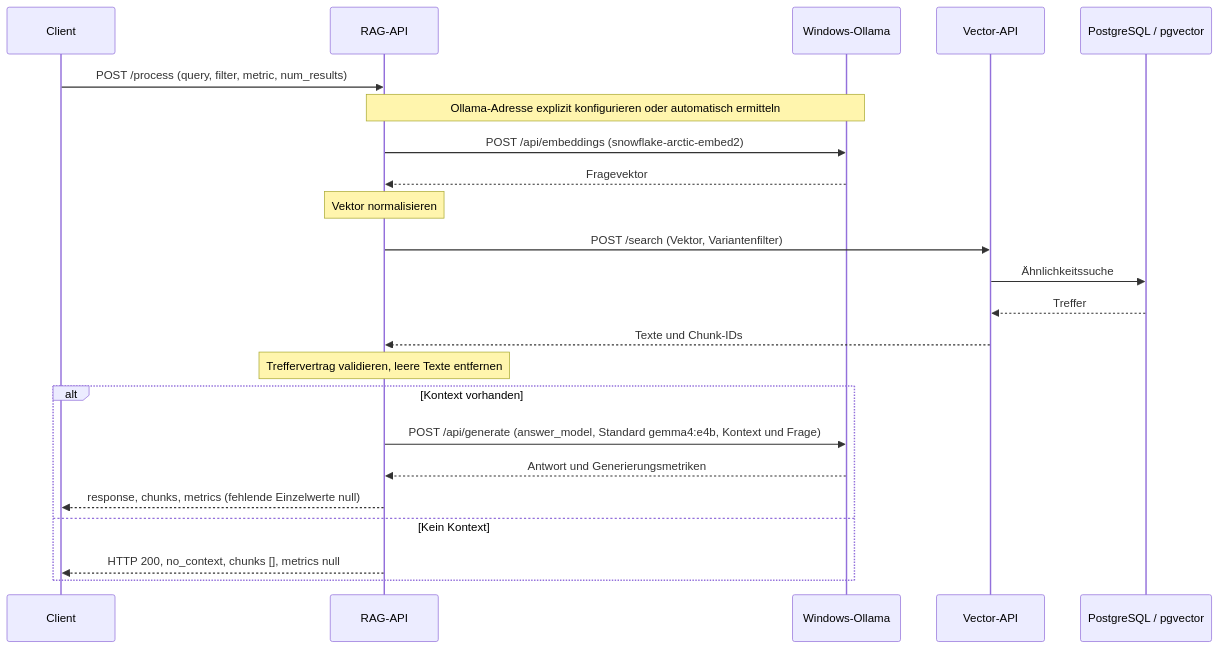
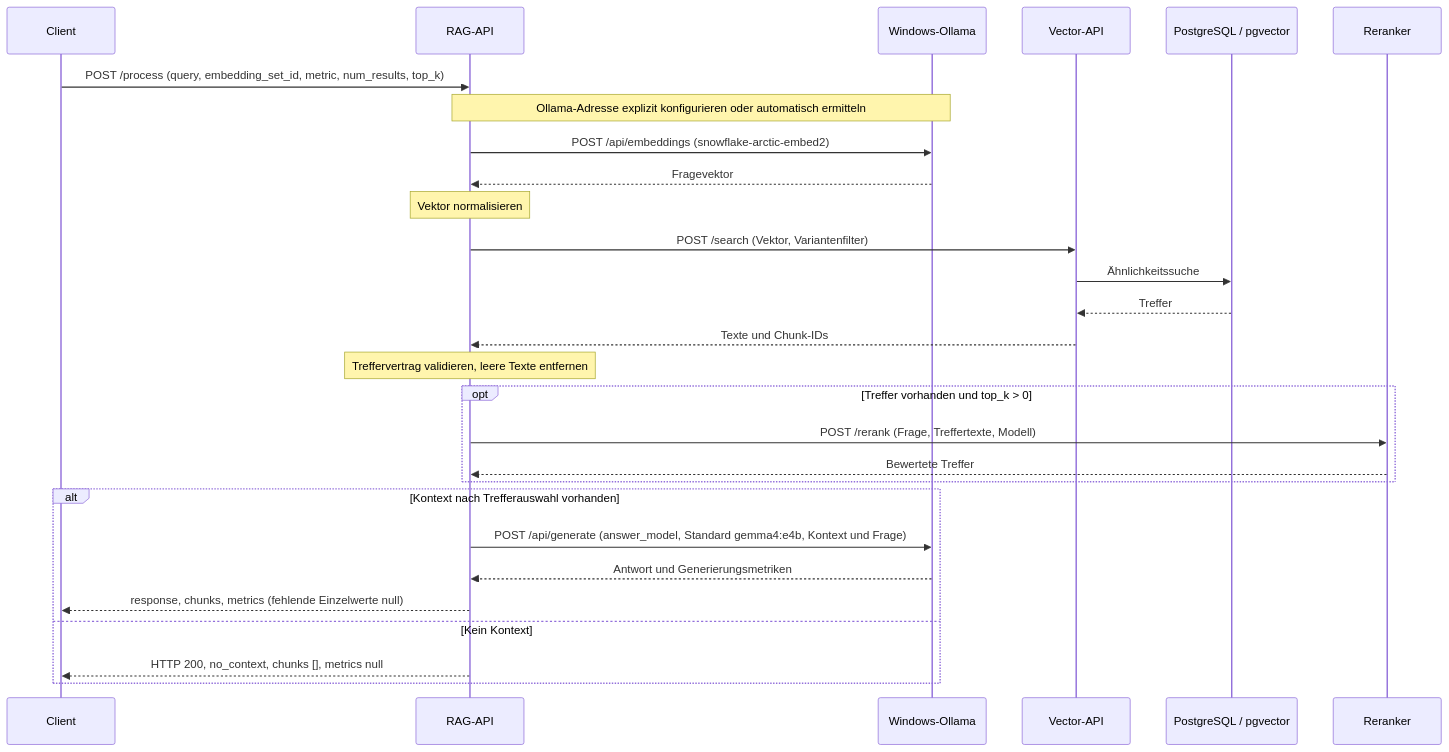
The first of 2 diagrams in docs/6-laufzeitsicht.md (WolfgangNiebuhr/roemerrag), drawn with Mermaid before and after one commit. The commit also changed other lines of this file and 6 other files, not shown here.

````diff
--- a/docs/6-laufzeitsicht.md
+++ b/docs/6-laufzeitsicht.md
@@ -7,25 +16,30 @@
 ```mermaid
 sequenceDiagram
     participant Client
     participant RAG as RAG-API
     participant Ollama as Windows-Ollama
     participant Vector as Vector-API
     participant DB as PostgreSQL / pgvector
-    Client->>RAG: POST /process (query, filter, metric, num_results)
+    participant Reranker
+    Client->>RAG: POST /process (query, embedding_set_id, metric, num_results, top_k)
     Note over RAG,Ollama: Ollama-Adresse explizit konfigurieren oder automatisch ermitteln
     RAG->>Ollama: POST /api/embeddings (snowflake-arctic-embed2)
     Ollama-->>RAG: Fragevektor
     Note over RAG: Vektor normalisieren
     RAG->>Vector: POST /search (Vektor, Variantenfilter)
     Vector->>DB: Ähnlichkeitssuche
     DB-->>Vector: Treffer
     Vector-->>RAG: Texte und Chunk-IDs
     Note over RAG: Treffervertrag validieren, leere Texte entfernen
-    alt Kontext vorhanden
+    opt Treffer vorhanden und top_k > 0
+        RAG->>Reranker: POST /rerank (Frage, Treffertexte, Modell)
+        Reranker-->>RAG: Bewertete Treffer
+    end
+    alt Kontext nach Trefferauswahl vorhanden
         RAG->>Ollama: POST /api/generate (answer_model, Standard gemma4:e4b, Kontext und Frage)
         Ollama-->>RAG: Antwort und Generierungsmetriken
         RAG-->>Client: response, chunks, metrics (fehlende Einzelwerte null)
     else Kein Kontext
         RAG-->>Client: HTTP 200, no_context, chunks [], metrics null
     end
 ```
````
